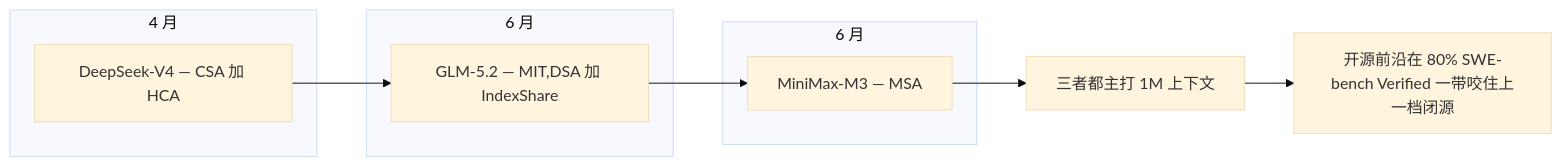
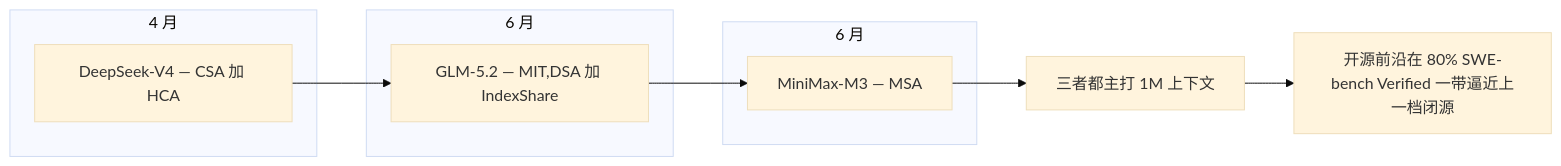
Before and after one commit to lloo099/mission44: the first of 3 diagrams in docs/blog/dispatch-01-seed-2-1.md, drawn with Mermaid (base theme). The commit also changed other lines of this file and 22 other files, not shown here.

````diff
--- a/docs/blog/dispatch-01-seed-2-1.md
+++ b/docs/blog/dispatch-01-seed-2-1.md
@@ -16,15 +16,15 @@
 ```mermaid
 flowchart LR
   subgraph T4 ["4 月"]
     D["DeepSeek-V4 — CSA 加 HCA"]
   end
   subgraph T6A ["6 月"]
     G["GLM-5.2 — MIT,DSA 加 IndexShare"]
   end
   subgraph T6B ["6 月"]
     M["MiniMax-M3 — MSA"]
   end
   D --> G --> M
   M --> R["三者都主打 1M 上下文"]
-  R --> R2["开源前沿在 80% SWE-bench Verified 一带咬住上一档闭源"]
+  R --> R2["开源前沿在 80% SWE-bench Verified 一带逼近上一档闭源"]
 ```
````
